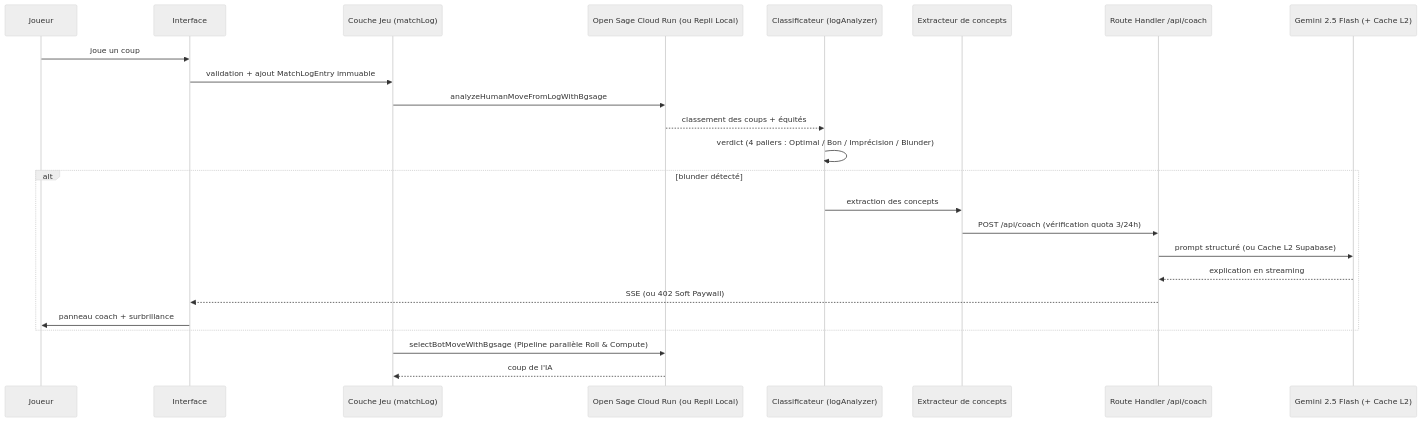
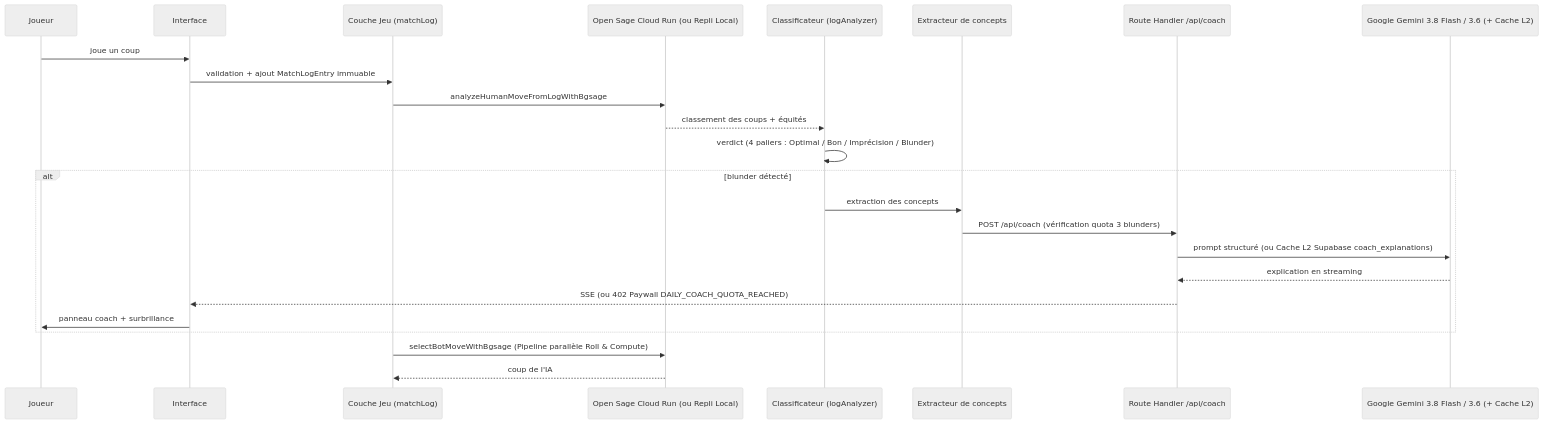
The second of 2 diagrams in ARCHITECTURE.md (8888vtc-ui/BACK), drawn with Mermaid (neutral theme) before and after one commit. The commit also changed other lines of this file and 169 other files, not shown here.

````diff
--- a/ARCHITECTURE.md
+++ b/ARCHITECTURE.md
@@ -328,27 +332,27 @@
 ```mermaid
 sequenceDiagram
     participant J as Joueur
     participant UI as Interface
     participant G as Couche Jeu (matchLog)
     participant S_AI as Open Sage Cloud Run (ou Repli Local)
     participant C as Classificateur (logAnalyzer)
     participant X as Extracteur de concepts
     participant S as Route Handler /api/coach
-    participant L as Gemini 2.5 Flash (+ Cache L2)
+    participant L as Google Gemini 3.8 Flash / 3.6 (+ Cache L2)
 
     J->>UI: joue un coup
     UI->>G: validation + ajout MatchLogEntry immuable
     G->>S_AI: analyzeHumanMoveFromLogWithBgsage
     S_AI-->>C: classement des coups + équités
     C->>C: verdict (4 paliers : Optimal / Bon / Imprécision / Blunder)
     alt blunder détecté
         C->>X: extraction des concepts
-        X->>S: POST /api/coach (vérification quota 3/24h)
-        S->>L: prompt structuré (ou Cache L2 Supabase)
+        X->>S: POST /api/coach (vérification quota 3 blunders)
+        S->>L: prompt structuré (ou Cache L2 Supabase coach_explanations)
         L-->>S: explication en streaming
-        S-->>UI: SSE (ou 402 Soft Paywall)
+        S-->>UI: SSE (ou 402 Paywall DAILY_COACH_QUOTA_REACHED)
         UI->>J: panneau coach + surbrillance
     end
     G->>S_AI: selectBotMoveWithBgsage (Pipeline parallèle Roll & Compute)
     S_AI-->>G: coup de l'IA
 ```
````
